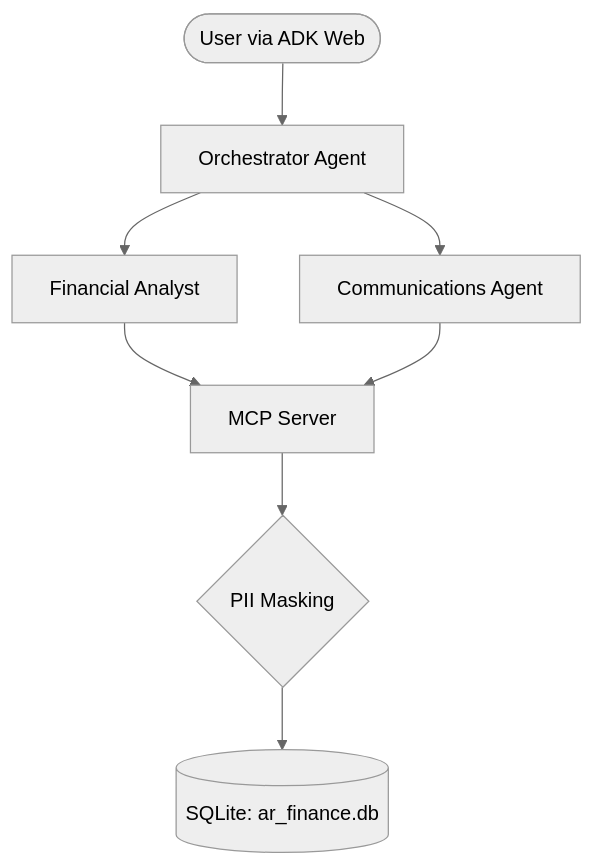
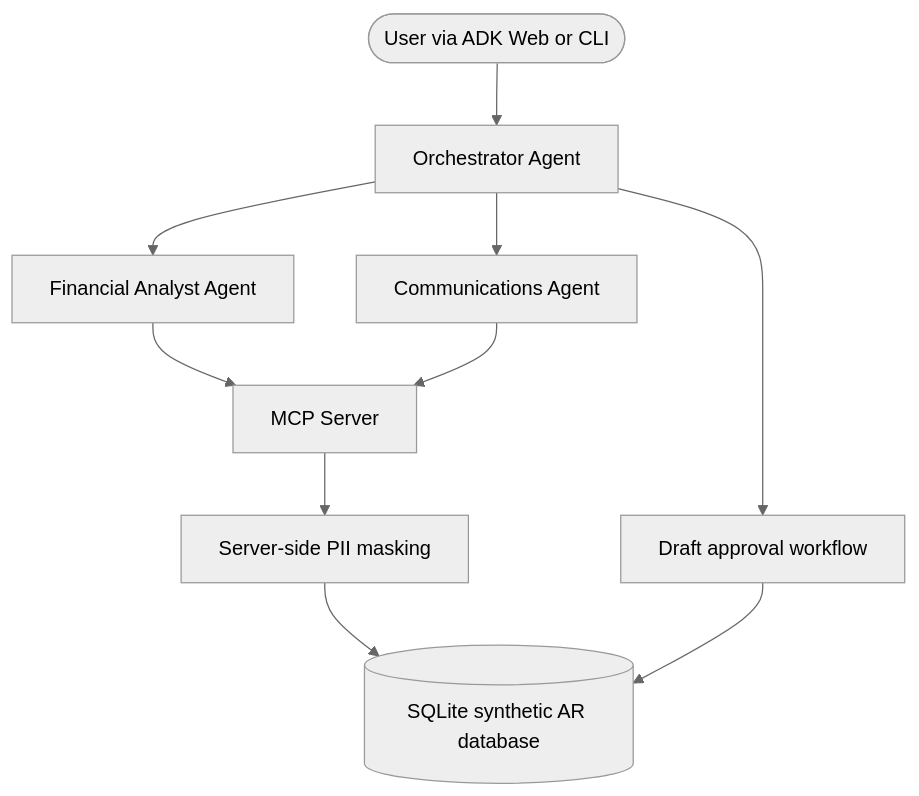
Before and after one commit to manojmaddipoti/collections-intelligence-agent: the diagram in README.md, drawn with Mermaid (neutral theme). The commit also changed other lines of this file and 14 other files, not shown here.

Commit message:
Tighten approval flow and update project docs

````diff
--- a/README.md
+++ b/README.md
@@ -38,10 +44,12 @@
 ```mermaid
 graph TD
-    User([User via ADK Web]) --> Orch[Orchestrator Agent]
-    Orch --> FA[Financial Analyst]
+    User([User via ADK Web or CLI]) --> Orch[Orchestrator Agent]
+    Orch --> FA[Financial Analyst Agent]
     Orch --> CA[Communications Agent]
     FA --> MCP[MCP Server]
     CA --> MCP
-    MCP --> PII{PII Masking}
-    PII --> DB[(SQLite: ar_finance.db)]
+    MCP --> Mask[Server-side PII masking]
+    Mask --> DB[(SQLite synthetic AR database)]
+    Orch --> Approval[Draft approval workflow]
+    Approval --> DB
 ```
````
